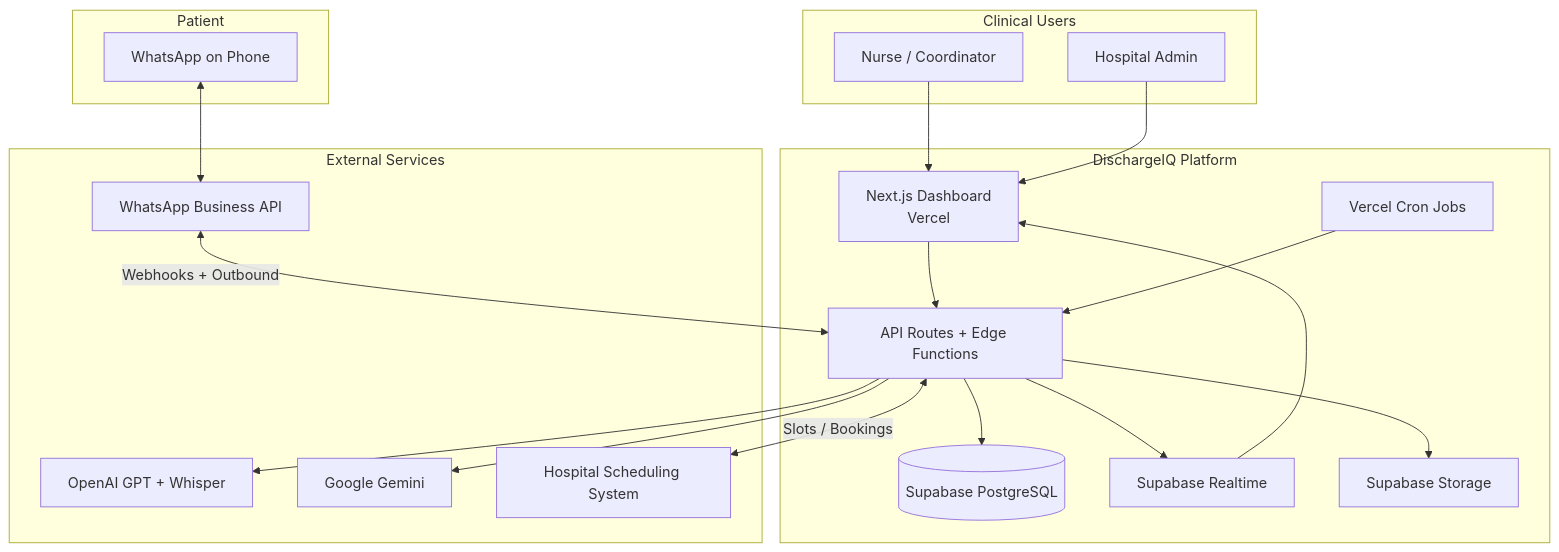
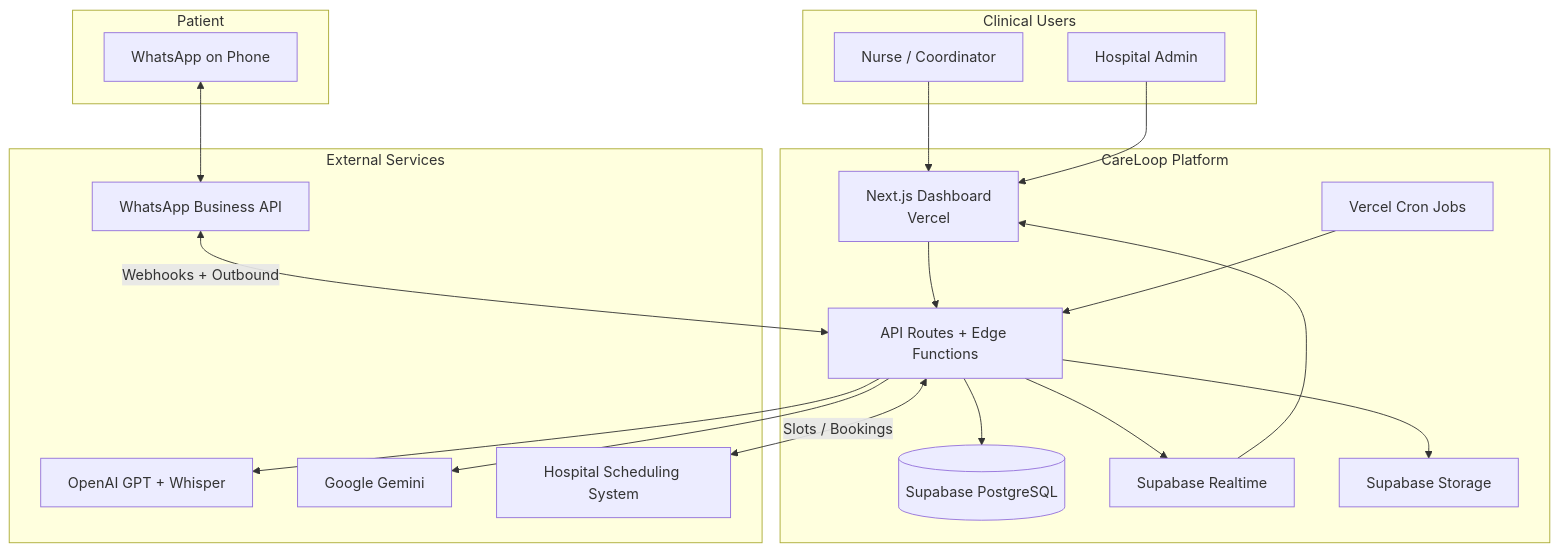
Before and after one commit to FuadAhamed91/-DischargeIQ: the first of 10 diagrams in ARCHITECTURE.md, drawn with Mermaid. The commit also changed other lines of this file and 2 other files, not shown here.

First line of the commit message:
docs: DischargeIQ is now CareLoop

````diff
--- a/ARCHITECTURE.md
+++ b/ARCHITECTURE.md
@@ -63,41 +63,41 @@
 ```mermaid
 flowchart TB
     subgraph Clinical["Clinical Users"]
         Nurse[Nurse / Coordinator]
         Admin[Hospital Admin]
     end
 
-    subgraph DischargeIQ["DischargeIQ Platform"]
+    subgraph CareLoop["CareLoop Platform"]
         Web[Next.js Dashboard<br/>Vercel]
         API[API Routes + Edge Functions]
         DB[(Supabase PostgreSQL)]
         RT[Supabase Realtime]
         Store[Supabase Storage]
         Cron[Vercel Cron Jobs]
     end
 
     subgraph External["External Services"]
         WA[WhatsApp Business API]
         OAI[OpenAI GPT + Whisper]
         Gemini[Google Gemini]
         HIS[Hospital Scheduling System]
     end
 
     subgraph Patient["Patient"]
         Phone[WhatsApp on Phone]
     end
 
     Nurse --> Web
     Admin --> Web
     Web --> API
     API --> DB
     API --> Store
     API --> RT
     Cron --> API
     WA <-->|Webhooks + Outbound| API
     Phone <--> WA
     API --> OAI
     API --> Gemini
     API <-->|Slots / Bookings| HIS
     RT --> Web
 ```
````
